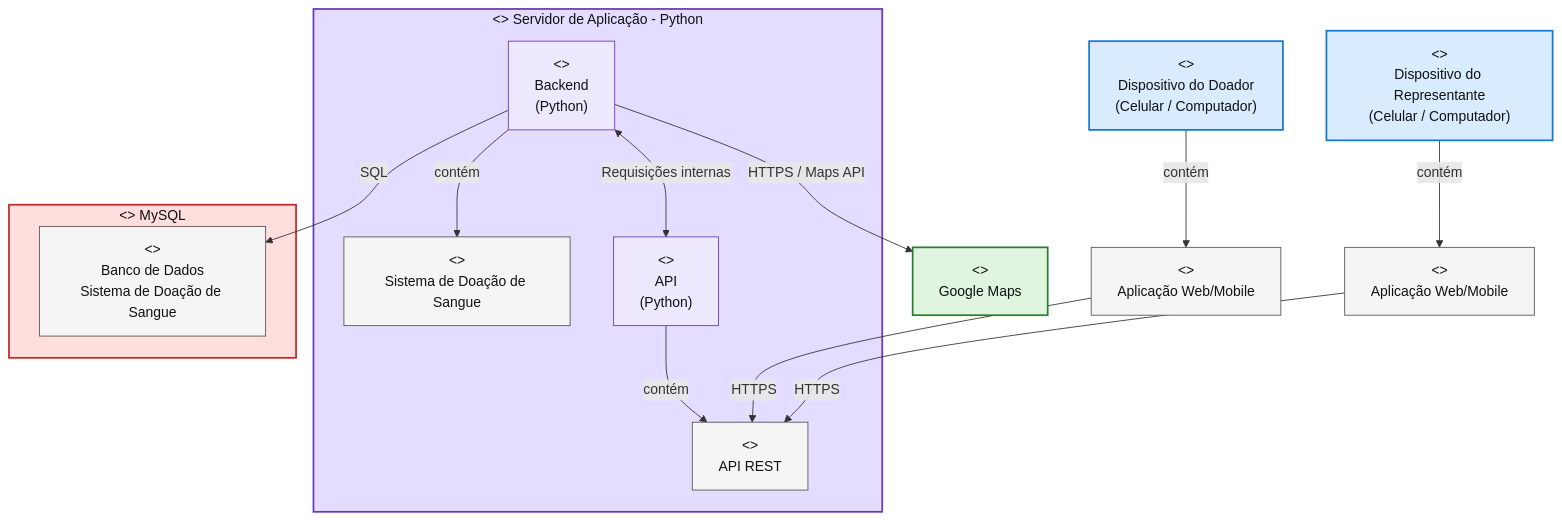
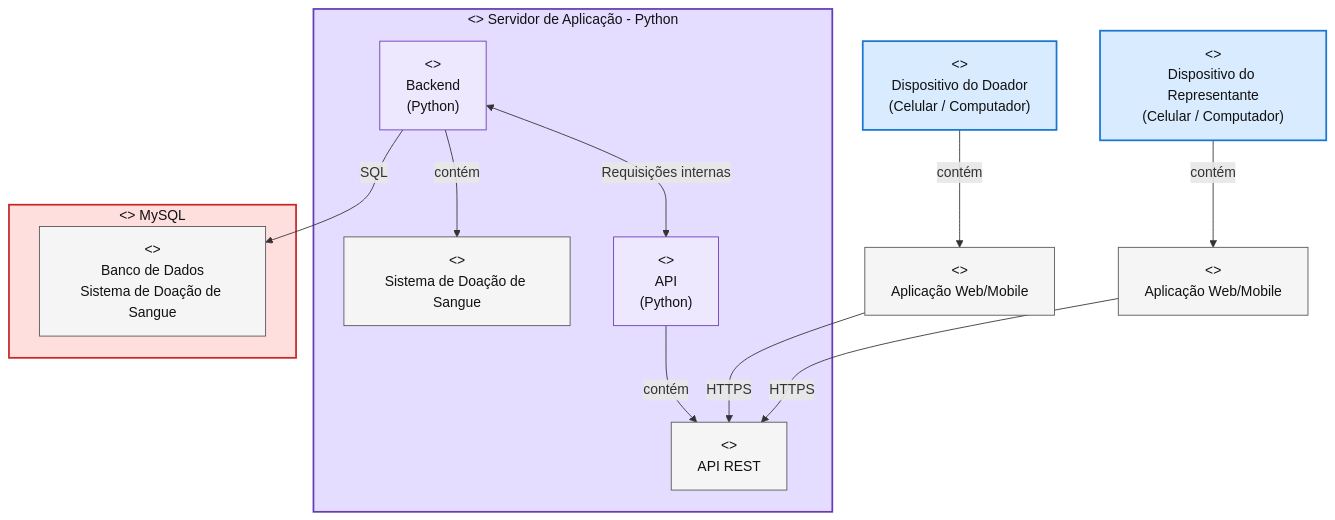
Before and after one commit to Derickin06/Projeto_doacao_de_sangue: the second of 3 diagrams in README.md, drawn with Mermaid. The commit also changed 16 other files, not shown here.

````diff
--- a/README.md
+++ b/README.md
@@ -66,82 +66,72 @@
 ```mermaid
 flowchart TB
 
     %% =========================
     %% DISPOSITIVOS DOS USUÁRIOS
     %% =========================
 
     Doador["<<device>>\nDispositivo do Doador\n(Celular / Computador)"]
     DoadorApp["<<artifact>>\nAplicação Web/Mobile"]
 
     Representante["<<device>>\nDispositivo do Representante\n(Celular / Computador)"]
     RepresentanteApp["<<artifact>>\nAplicação Web/Mobile"]
 
     Doador -->|contém| DoadorApp
     Representante -->|contém| RepresentanteApp
 
 
     %% =========================
     %% SERVIDOR DE APLICAÇÃO
     %% =========================
 
     subgraph AppServer["<<node>> Servidor de Aplicação - Python"]
 
         Backend["<<component>>\nBackend\n(Python)"]
         Sistema["<<artifact>>\nSistema de Doação de Sangue"]
 
         API["<<component>>\nAPI\n(Python)"]
         APIREST["<<artifact>>\nAPI REST"]
 
         Backend -->|contém| Sistema
         API -->|contém| APIREST
 
         Backend <-->|Requisições internas| API
     end
 
 
     %% =========================
     %% BANCO DE DADOS
     %% =========================
 
     subgraph MySQL["<<database>> MySQL"]
         Database["<<artifact>>\nBanco de Dados\nSistema de Doação de Sangue"]
     end
 
 
     %% =========================
-    %% SERVIÇO EXTERNO
-    %% =========================
-
-    GoogleMaps["<<cloud>>\nGoogle Maps"]
-
-
-    %% =========================
     %% CONEXÕES
     %% =========================
 
     DoadorApp -->|HTTPS| APIREST
     RepresentanteApp -->|HTTPS| APIREST
 
     Backend -->|SQL| Database
-
-    Backend -->|HTTPS / Maps API| GoogleMaps
 
 
     %% =========================
     %% ESTILIZAÇÃO
     %% =========================
 
     classDef device fill:#d9ecff,stroke:#1976d2,stroke-width:2px,color:#111
     classDef server fill:#e5ddff,stroke:#673ab7,stroke-width:2px,color:#111
     classDef database fill:#ffdede,stroke:#c62828,stroke-width:2px,color:#111
     classDef cloud fill:#dff5df,stroke:#2e7d32,stroke-width:2px,color:#111
     classDef artifact fill:#f5f5f5,stroke:#555,stroke-width:1px,color:#111
     classDef component fill:#eee8ff,stroke:#673ab7,stroke-width:1px,color:#111
 
     class Doador,Representante device
     class AppServer server
     class MySQL database
-    class GoogleMaps cloud
     class DoadorApp,RepresentanteApp,Sistema,APIREST,Database artifact
     class Backend,API component
 ```
````
